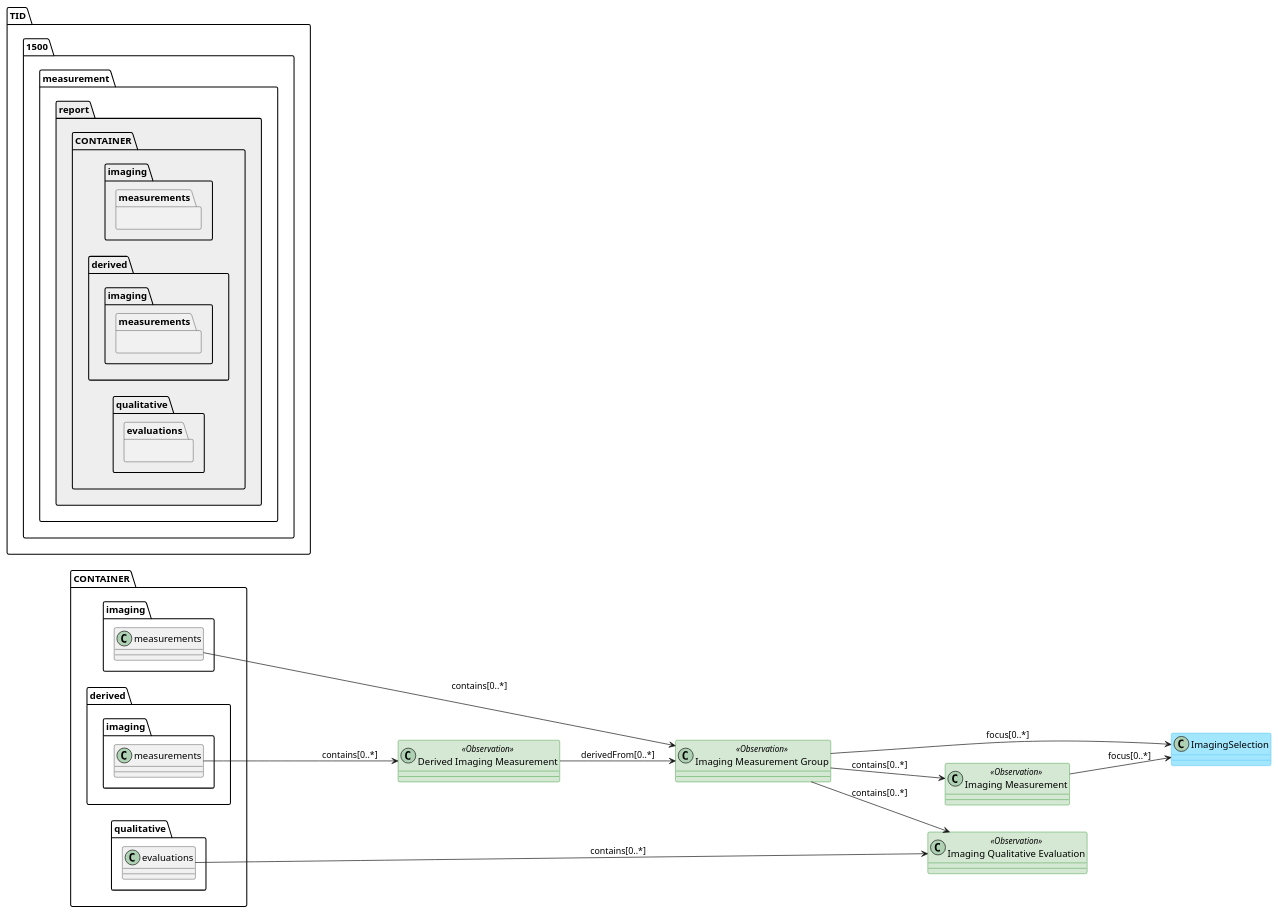
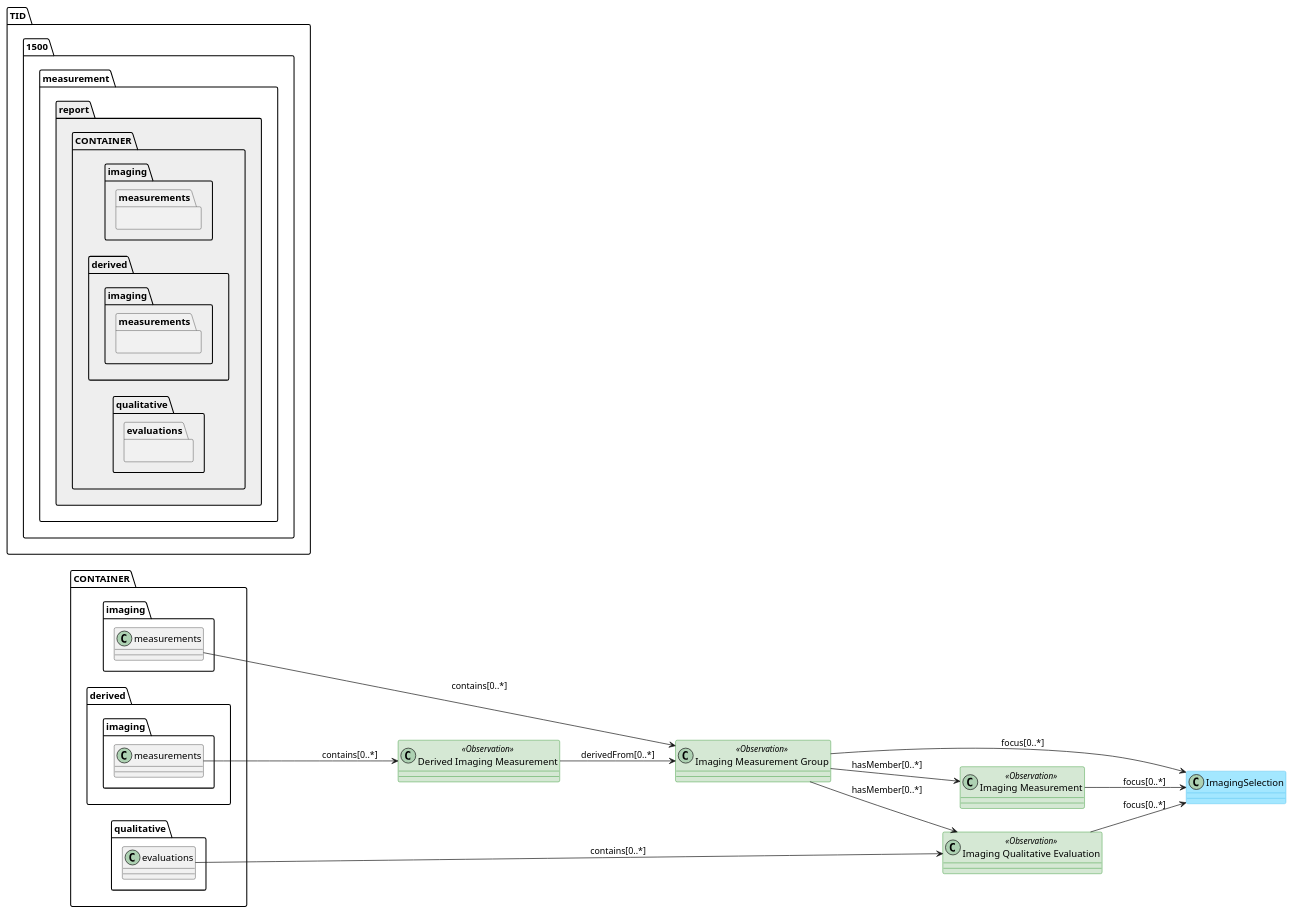
One commit to HL7/dicom-sr changed the diagram in input/images-source/tid_1500_measurement_report.plantuml. Above: the diagram before and after it, drawn with PlantUML. The commit also changed 4 other files, not shown here.

Commit message:
* Updated architecture.md with some additional explanation of DICOM SR * Updated tid_1500_measurement_report.plantuml

```diff
--- a/input/images-source/tid_1500_measurement_report.plantuml
+++ b/input/images-source/tid_1500_measurement_report.plantuml
@@ -1,31 +1,32 @@
 @startuml tid_1500_measurement_report
 left to right direction
 
 class "Imaging Measurement Group" as ImagingMeasurementGroup <<Observation>> #d5e8d4 ##green
 class "Imaging Measurement" as ImagingMeasurement <<Observation>> #d5e8d4 ##green
 class "Derived Imaging Measurement" as DerivedImagingMeasurement <<Observation>> #d5e8d4 ##green
 class "Imaging Qualitative Evaluation" as ImagingQualitativeEvaluation <<Observation>> #d5e8d4 ##green
 
 class ImagingSelection #a3e7ff ##34b1eb
 
 
 package TID.1500.measurement.report #EEEEEE {
     package CONTAINER.imaging.measurements {
     }
     package CONTAINER.derived.imaging.measurements {
     }
     package CONTAINER.qualitative.evaluations {
     }
 }
 
 CONTAINER.imaging.measurements --> ImagingMeasurementGroup : contains[0..*]
 CONTAINER.derived.imaging.measurements --> DerivedImagingMeasurement : contains[0..*]
 CONTAINER.qualitative.evaluations --> ImagingQualitativeEvaluation : contains[0..*]
 
-ImagingMeasurementGroup --> ImagingMeasurement : contains[0..*]
-ImagingMeasurementGroup --> ImagingQualitativeEvaluation : contains[0..*]
+ImagingMeasurementGroup --> ImagingMeasurement : hasMember[0..*]
+ImagingMeasurementGroup --> ImagingQualitativeEvaluation : hasMember[0..*]
 DerivedImagingMeasurement --> ImagingMeasurementGroup : derivedFrom[0..*]
 
 ImagingMeasurement --> ImagingSelection: focus[0..*]
 ImagingMeasurementGroup --> ImagingSelection: focus[0..*]
+ImagingQualitativeEvaluation --> ImagingSelection: focus[0..*]
 @enduml
```
